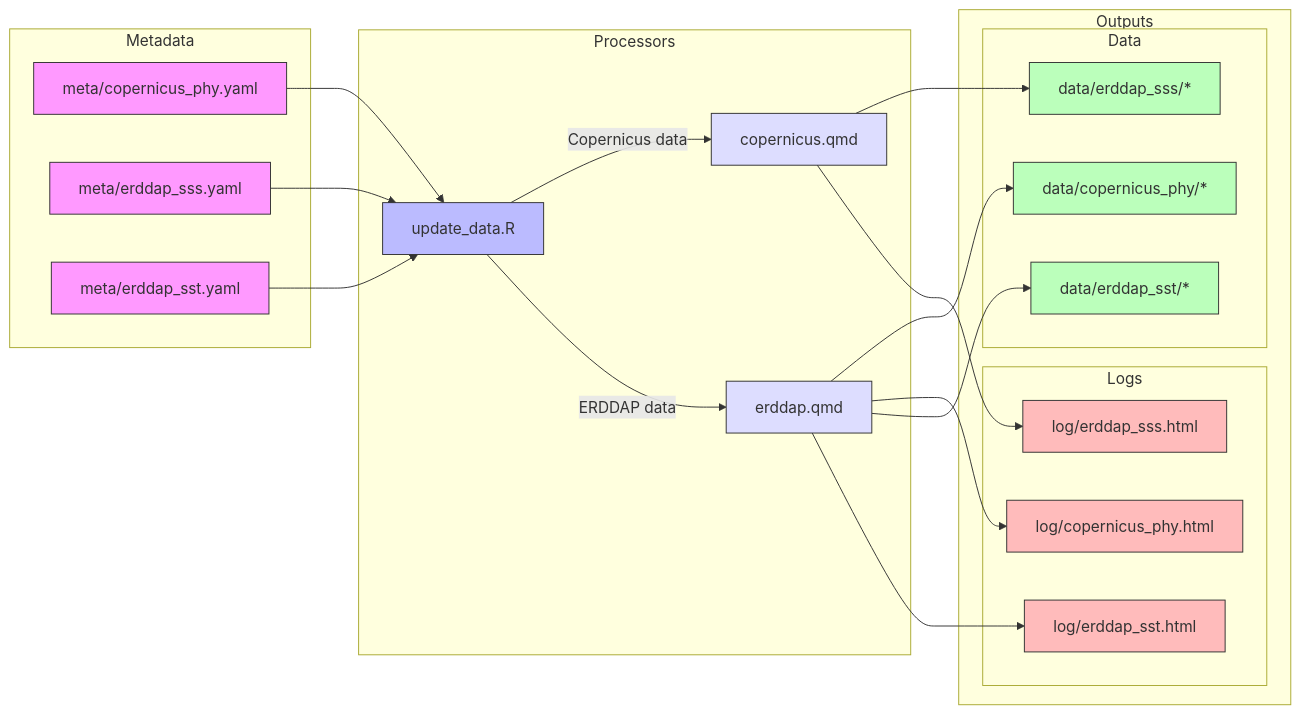
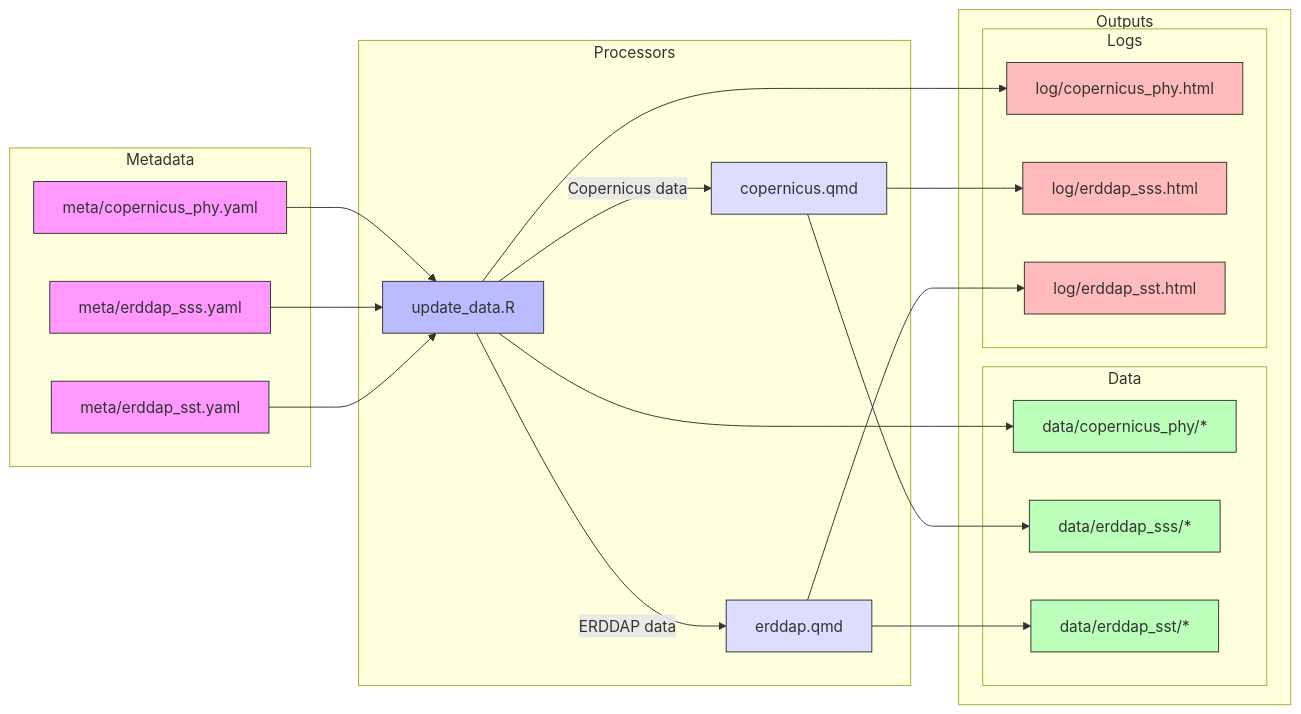
Before and after one commit to noaa-onms/climate-dashboard-app: the diagram in README.md, drawn with Mermaid.

````diff
--- a/README.md
+++ b/README.md
@@ -24,58 +24,58 @@
 ```mermaid
 graph LR
     subgraph Metadata
         M1[meta/copernicus_phy.yaml]
         M2[meta/erddap_sss.yaml]
         M3[meta/erddap_sst.yaml]
     end
     
     subgraph Processors
         P1[update_data.R]
         P2[copernicus.qmd]
         P3[erddap.qmd]
     end
     
     subgraph Outputs
         subgraph Data
             D1[data/copernicus_phy/*]
             D2[data/erddap_sss/*]
             D3[data/erddap_sst/*]
         end
         
         subgraph Logs
             L1[log/copernicus_phy.html]
             L2[log/erddap_sss.html]
             L3[log/erddap_sst.html]
         end
     end
     
     M1 --> P1
     M2 --> P1
     M3 --> P1
     
     P1 --> |Copernicus data| P2
     P1 --> |ERDDAP data| P3
     
-    P3 --> D1
-    P3 --> L1
+    P1 --> D1
+    P1 --> L1
     P2 --> D2
     P2 --> L2
     P3 --> D3
     P3 --> L3
     
     style M1 fill:#f9f,stroke:#333,stroke-width:1px
     style M2 fill:#f9f,stroke:#333,stroke-width:1px
     style M3 fill:#f9f,stroke:#333,stroke-width:1px
     
     style P1 fill:#bbf,stroke:#333,stroke-width:1px
     style P2 fill:#ddf,stroke:#333,stroke-width:1px
     style P3 fill:#ddf,stroke:#333,stroke-width:1px
     
     style D1 fill:#bfb,stroke:#333,stroke-width:1px
     style D2 fill:#bfb,stroke:#333,stroke-width:1px
     style D3 fill:#bfb,stroke:#333,stroke-width:1px
     
     style L1 fill:#fbb,stroke:#333,stroke-width:1px
     style L2 fill:#fbb,stroke:#333,stroke-width:1px
     style L3 fill:#fbb,stroke:#333,stroke-width:1px
 ```
````
